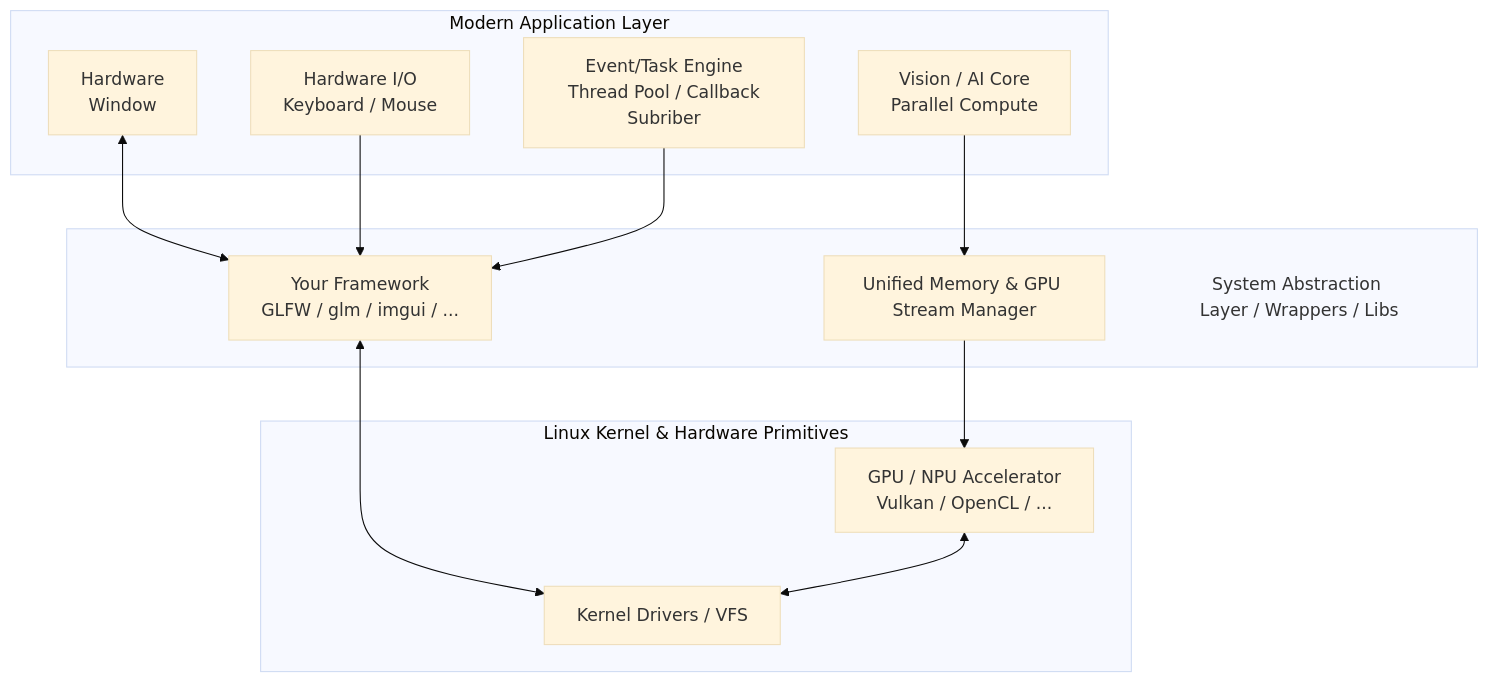
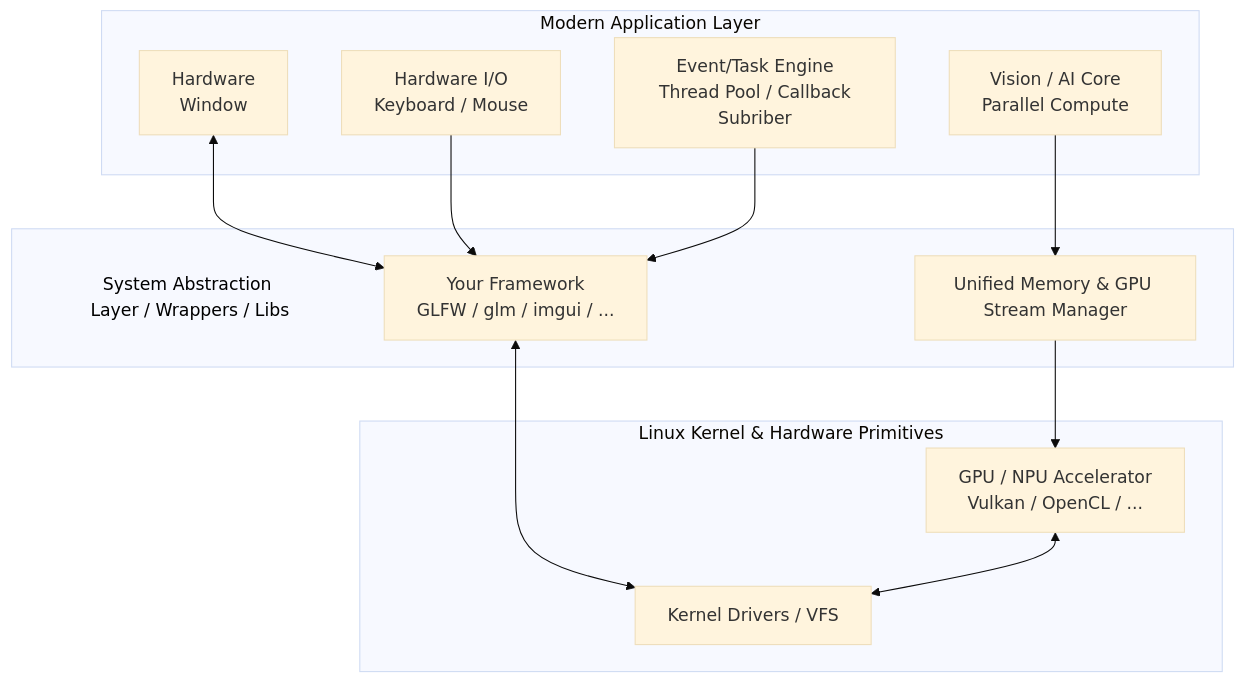
The diagram in README.md (lequochaidevh/Haris_Engine_Library), drawn with Mermaid (base theme) before and after one commit.

Commit message:
Fixed git can not load mermaid

````diff
--- a/README.md
+++ b/README.md
@@ -10,31 +10,33 @@
 ```mermaid
 graph TD
     subgraph App [Modern Application Layer]
         A[Hardware <br> Window ]
         B[Hardware I/O<br> Keyboard / Mouse ]
         C[Event/Task Engine<br> Thread Pool / Callback Subriber]
         GPU_App[Vision / AI Core<br>Parallel Compute]
     end
+
+    Wrapper_note[System Abstraction Layer / Wrappers / Libs]
+    style Wrapper_note fill:none,stroke:none,font-weight:none,color:#000000
     
     subgraph Wrapper [" "]
         SAL_Core[Your Framework<br> GLFW / glm / imgui / ...]
         SAL_GPU[Unified Memory & GPU Stream Manager]
-        Wrapper_note[System Abstraction Layer / Wrappers / Libs]
+        Wrapper_note
     end
 
-    style Wrapper_note fill:none,stroke:none,font-weight:none
-    
     subgraph Hardware [Linux Kernel & Hardware Primitives]
         D[Kernel Drivers / VFS]
         E[GPU / NPU Accelerator<br> Vulkan / OpenCL / ... ]
     end
+
 
     A <--> SAL_Core
     B --> SAL_Core
     C --> SAL_Core
     GPU_App --> SAL_GPU
 
     SAL_Core <--> D
     SAL_GPU --> E
     E <--> D
 ```
````
